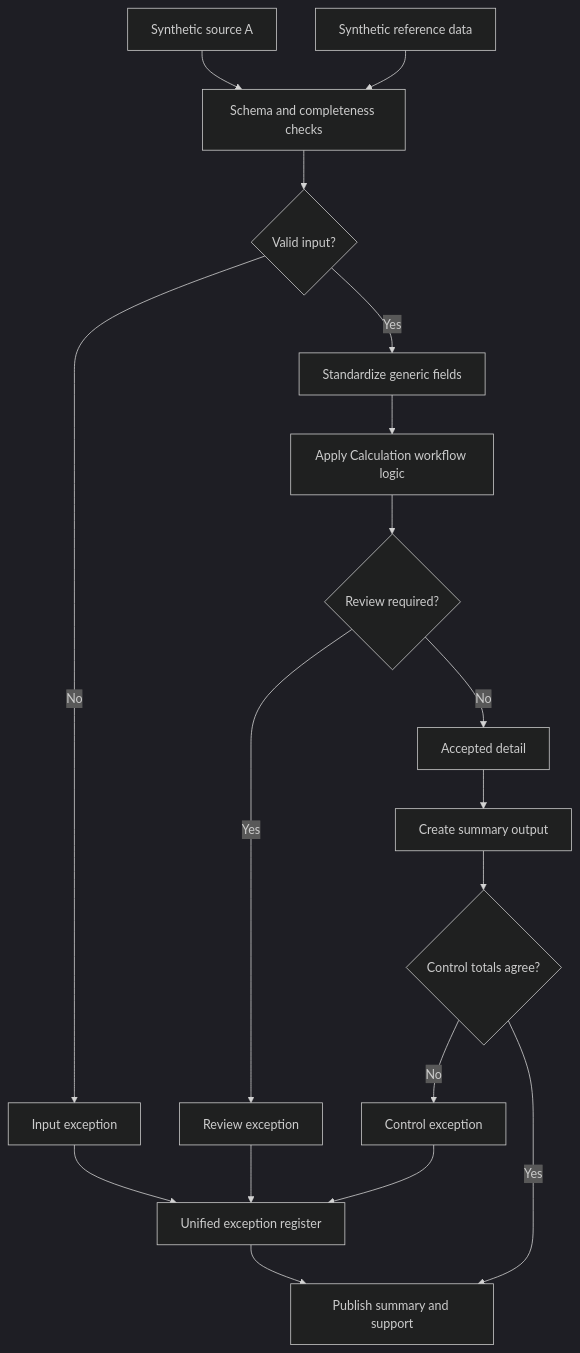
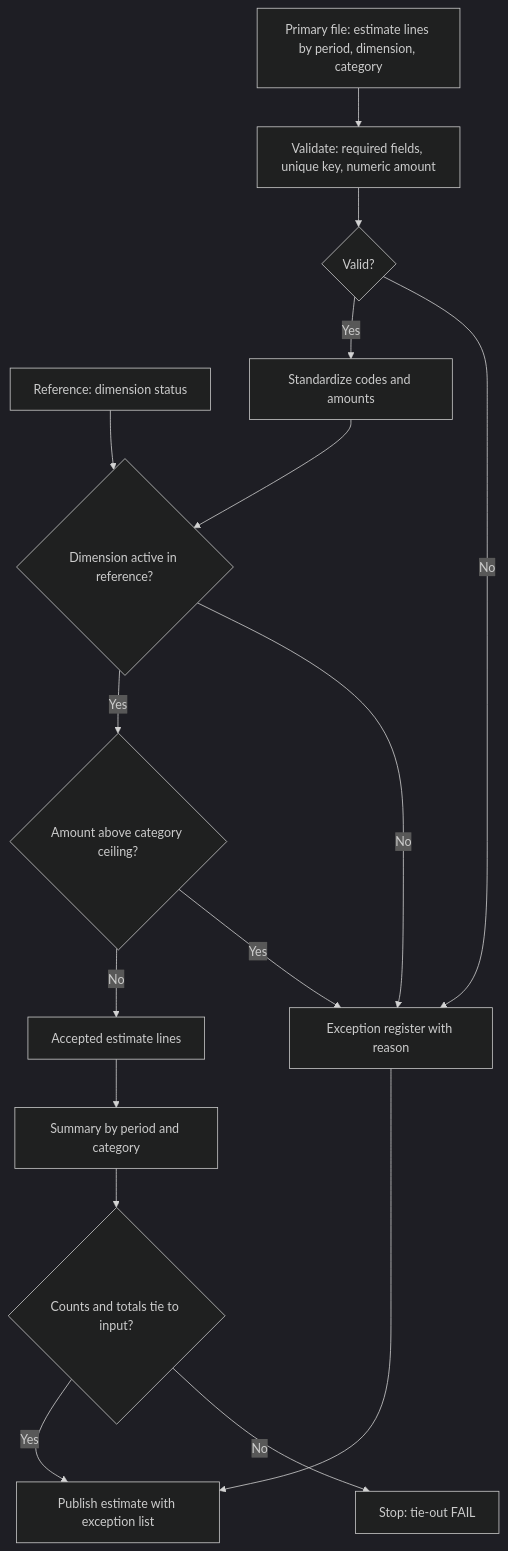
The diagram in case-studies/01-periodic-estimate-analysis/README.md (Erkzucr/automation-analytics-portfolio), drawn with Mermaid (dark theme) before and after one commit. The commit also changed 17 other files, not shown here.

````diff
--- a/case-studies/01-periodic-estimate-analysis/README.md
+++ b/case-studies/01-periodic-estimate-analysis/README.md
@@ -17,20 +17,18 @@
 ```mermaid
 flowchart TB
- A1[Synthetic source A] --> B[Schema and completeness checks]
- A2[Synthetic reference data] --> B
- B --> C{Valid input?}
- C -- No --> X1[Input exception]
- C -- Yes --> D[Standardize generic fields]
- D --> E[Apply Calculation workflow logic]
- E --> F{Review required?}
- F -- Yes --> X2[Review exception]
- F -- No --> G[Accepted detail]
- G --> H[Create summary output]
- H --> I{Control totals agree?}
- I -- No --> X3[Control exception]
- I -- Yes --> J[Publish summary and support]
- X1 --> K[Unified exception register]
- X2 --> K
- X3 --> K
- K --> J
+ A[Primary file: estimate lines by period, dimension, category] --> V[Validate: required fields, unique key, numeric amount]
+ R[Reference: dimension status] --> L{Dimension active in reference?}
+ V --> V2{Valid?}
+ V2 -- No --> X[Exception register with reason]
+ V2 -- Yes --> S[Standardize codes and amounts]
+ S --> L
+ L -- No --> X
+ L -- Yes --> C{Amount above category ceiling?}
+ C -- Yes --> X
+ C -- No --> A2[Accepted estimate lines]
+ A2 --> SUM[Summary by period and category]
+ SUM --> T{Counts and totals tie to input?}
+ T -- No --> STOP[Stop: tie-out FAIL]
+ T -- Yes --> P[Publish estimate with exception list]
+ X --> P
 ```
````
